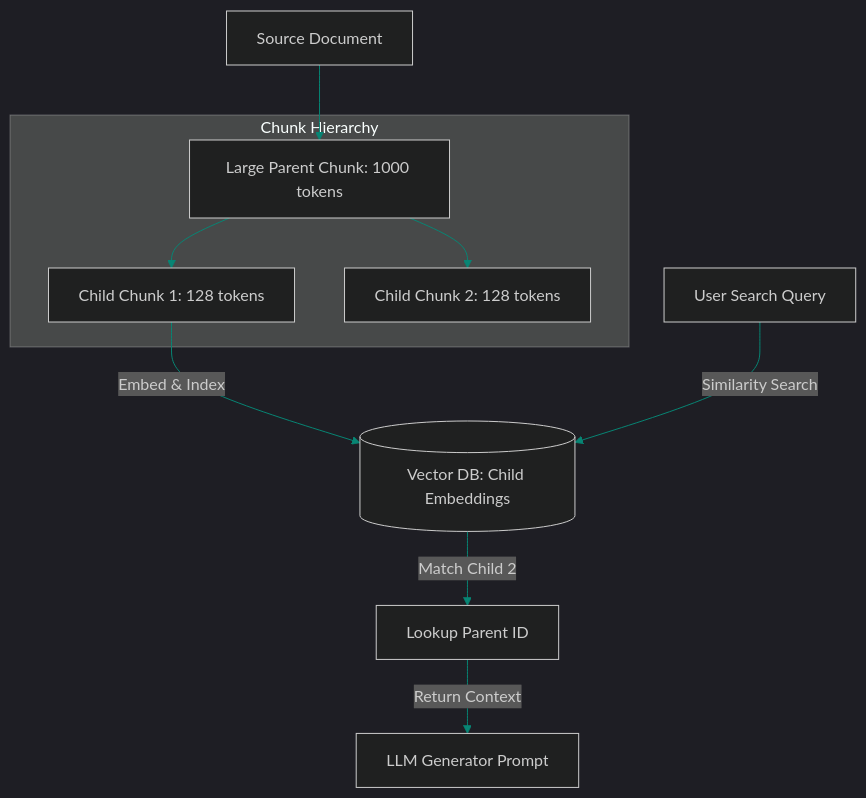
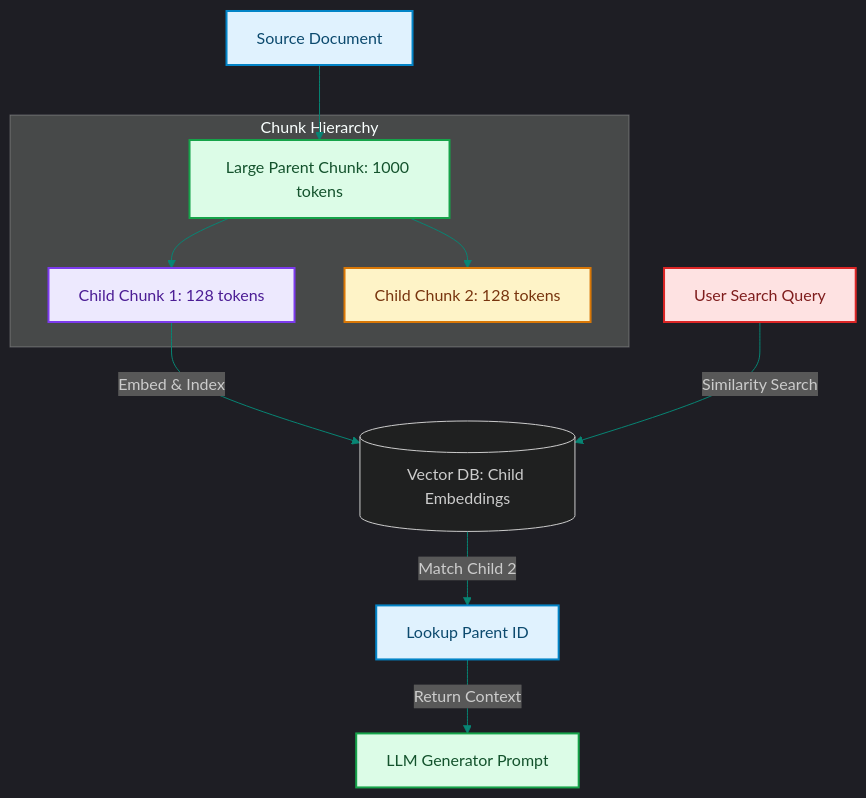
Before and after one commit to akmalkhaniub/akmalkhaniub.github.io: the diagram in blog/posts/rag-hierarchical-parent-child-chunk-indexing.md, drawn with Mermaid. The commit also changed other lines of this file and 1291 other files, not shown here.

First line of the commit message:
feat(catalog): unique covers, scholarly references, and diagram palettes

````diff
--- a/blog/posts/rag-hierarchical-parent-child-chunk-indexing.md
+++ b/blog/posts/rag-hierarchical-parent-child-chunk-indexing.md
@@ -16,17 +16,28 @@
 ```mermaid
 %%{init: {'theme': 'dark', 'themeVariables': { 'primaryColor': '#088574', 'primaryTextColor': '#f3f4f6', 'primaryBorderColor': '#0db49b', 'lineColor': '#088574', 'secondaryColor': '#111827', 'tertiaryColor': '#0b0f19'}}}%%
 flowchart TD
-    Doc[Source Document] --> Parent[Large Parent Chunk: 1000 tokens]
+    Doc["Source Document"] --> Parent["Large Parent Chunk: 1000 tokens"]
     
     subgraph SG1_ChunkHierarchy ["Chunk Hierarchy"]
-        Parent --> Child1[Child Chunk 1: 128 tokens]
-        Parent --> Child2[Child Chunk 2: 128 tokens]
+        Parent --> Child1["Child Chunk 1: 128 tokens"]
+        Parent --> Child2["Child Chunk 2: 128 tokens"]
     end
     
     Child1 -->|Embed & Index| VectorDB[(Vector DB: Child Embeddings)]
     
-    Query[User Search Query] -->|Similarity Search| VectorDB
-    VectorDB -->|Match Child 2| Resolve[Lookup Parent ID]
+    Query["User Search Query"] -->|Similarity Search| VectorDB
+    VectorDB -->|Match Child 2| Resolve["Lookup Parent ID"]
     
-    Resolve -->|Return Context| LLM[LLM Generator Prompt]
+    Resolve -->|Return Context| LLM["LLM Generator Prompt"]
+
+classDef green fill:#dcfce7,stroke:#16a34a,stroke-width:2px,color:#14532d;
+classDef red fill:#fee2e2,stroke:#dc2626,stroke-width:2px,color:#7f1d1d;
+classDef blue fill:#e0f2fe,stroke:#0284c7,stroke-width:2px,color:#0c4a6e;
+classDef yellow fill:#fef3c7,stroke:#d97706,stroke-width:2px,color:#78350f;
+classDef purple fill:#ede9fe,stroke:#7c3aed,stroke-width:2px,color:#4c1d95;
+class Doc,Resolve blue
+class Parent,LLM green
+class Child1 purple
+class Child2 yellow
+class Query red
 ```
````
